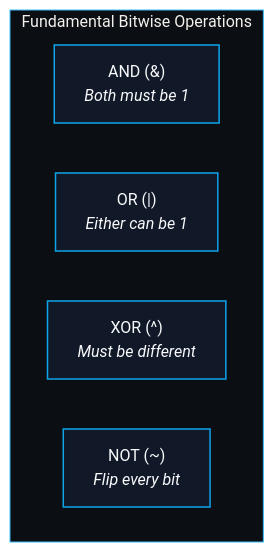
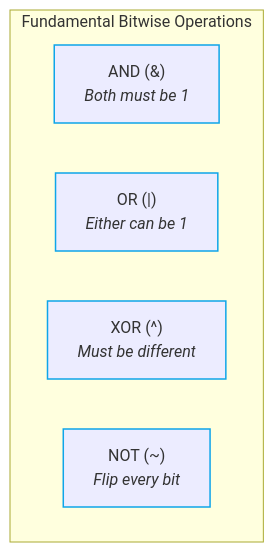
Before and after one commit to abhinavbharti2345/CS_Notes: the diagram in CS/DSA/04. Bit Manipulation/01. Bitwise Operators.md, drawn with Mermaid. The commit also changed 91 other files, not shown here.

````diff
--- a/CS/DSA/04. Bit Manipulation/01. Bitwise Operators.md
+++ b/CS/DSA/04. Bit Manipulation/01. Bitwise Operators.md
@@ -24,14 +24,13 @@
 ```mermaid
-%%{init: {'theme': 'base', 'themeVariables': { 'darkMode': true, 'background': '#0B0F14', 'mainBkg': '#111827', 'primaryColor': '#111827', 'primaryTextColor': '#F8FAFC', 'primaryBorderColor': '#38BDF8', 'lineColor': '#64748B', 'secondaryColor': '#0B0F14', 'tertiaryColor': '#0B0F14', 'clusterBkg': '#0B0F14', 'clusterBorder': '#38BDF8' }}}%%
 flowchart TD
     subgraph Ops ["Fundamental Bitwise Operations"]
         direction LR
         A["AND (&)<br/><i>Both must be 1</i>"]
         B["OR (|)<br/><i>Either can be 1</i>"]
         C["XOR (^)<br/><i>Must be different</i>"]
         D["NOT (~)<br/><i>Flip every bit</i>"]
     end
 
-    classDef opCard fill:#111827,stroke:#0ea5e9,stroke-width:1.5px,color:#F8FAFC;
+    classDef opCard stroke:#0ea5e9,stroke-width:1.5px;
     class A,B,C,D opCard;
 ```
````
